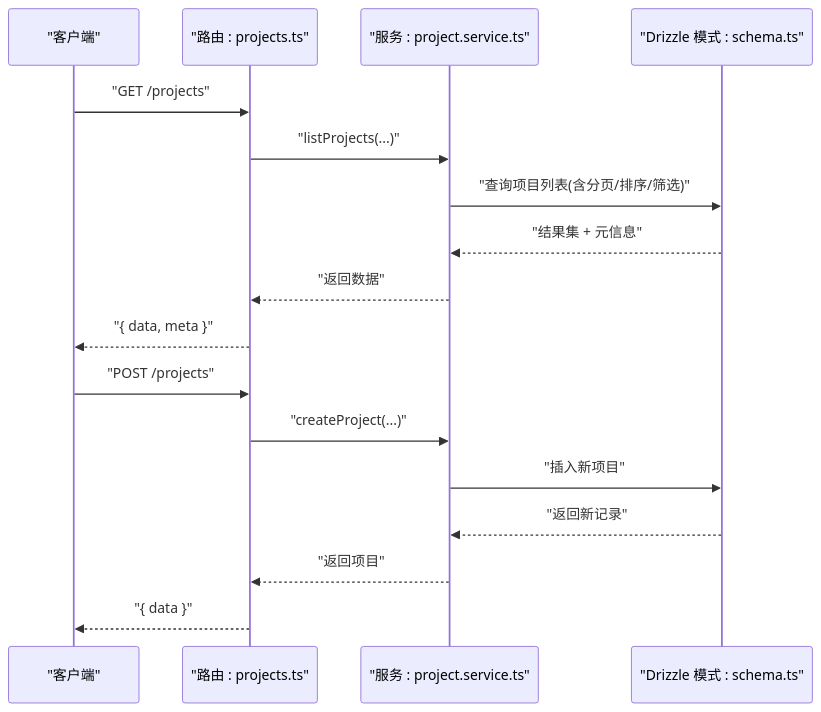
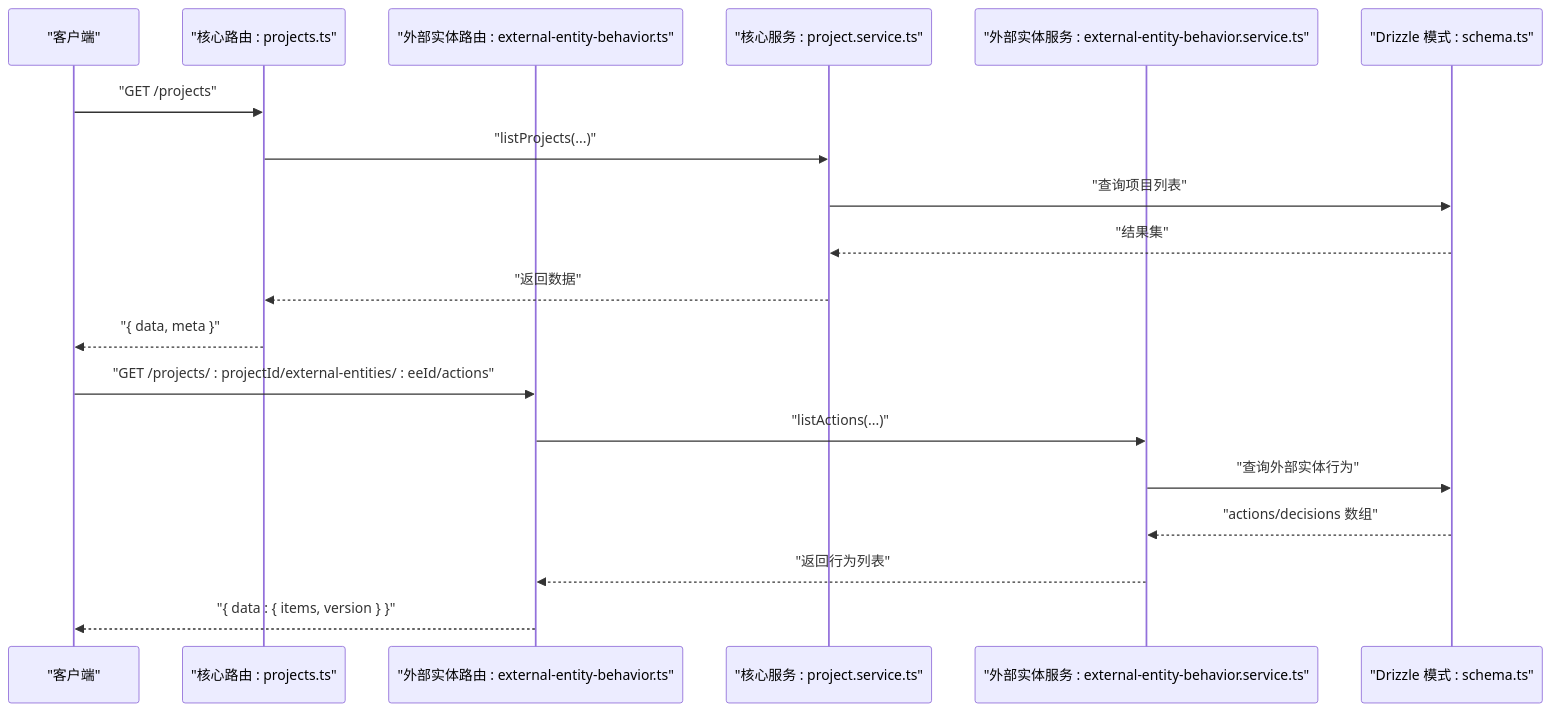
The second of 7 diagrams in .qoder/repowiki/zh/content/核心模块/项目管理模块.md (kai-cui1/ai-prototype-manager), drawn with Mermaid before and after one commit. The commit also changed other lines of this file and 173 other files, not shown here.

````diff
--- a/.qoder/repowiki/zh/content/核心模块/项目管理模块.md
+++ b/.qoder/repowiki/zh/content/核心模块/项目管理模块.md
@@ -127,19 +158,21 @@
 ```mermaid
 sequenceDiagram
 participant C as "客户端"
-participant RT as "路由 : projects.ts"
-participant SV as "服务 : project.service.ts"
+participant RT as "核心路由 : projects.ts"
+participant EE_RT as "外部实体路由 : external-entity-behavior.ts"
+participant SV as "核心服务 : project.service.ts"
+participant EE_SV as "外部实体服务 : external-entity-behavior.service.ts"
 participant DB as "Drizzle 模式 : schema.ts"
 C->>RT : "GET /projects"
 RT->>SV : "listProjects(...)"
-SV->>DB : "查询项目列表(含分页/排序/筛选)"
-DB-->>SV : "结果集 + 元信息"
+SV->>DB : "查询项目列表"
+DB-->>SV : "结果集"
 SV-->>RT : "返回数据"
 RT-->>C : "{ data, meta }"
-C->>RT : "POST /projects"
-RT->>SV : "createProject(...)"
-SV->>DB : "插入新项目"
-DB-->>SV : "返回新记录"
-SV-->>RT : "返回项目"
-RT-->>C : "{ data }"
+C->>EE_RT : "GET /projects/ : projectId/external-entities/ : eeId/actions"
+EE_RT->>EE_SV : "listActions(...)"
+EE_SV->>DB : "查询外部实体行为"
+DB-->>EE_SV : "actions/decisions 数组"
+EE_SV-->>EE_RT : "返回行为列表"
+EE_RT-->>C : "{ data : { items, version } }"
 ```
````
